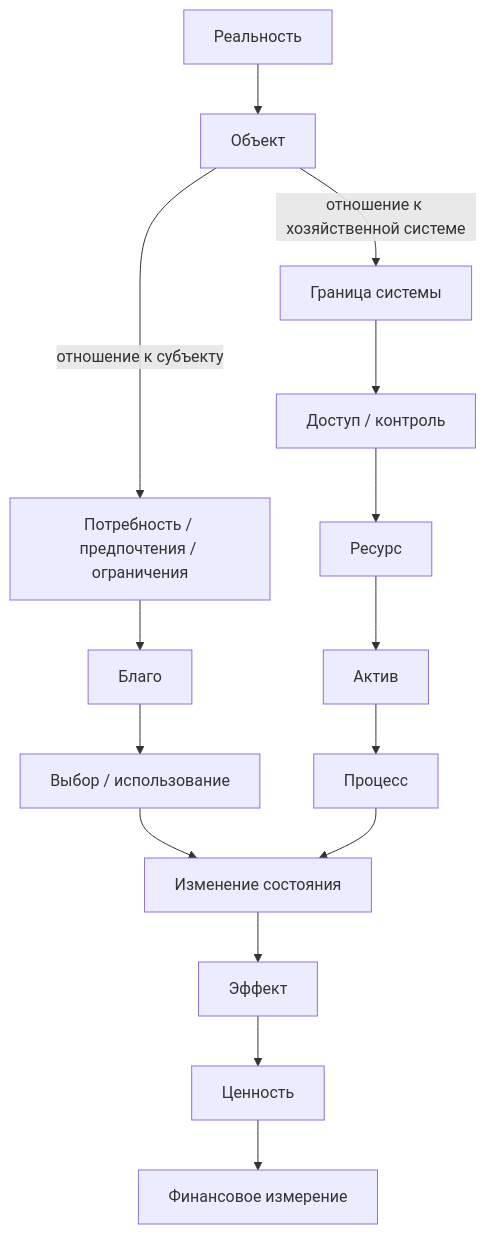
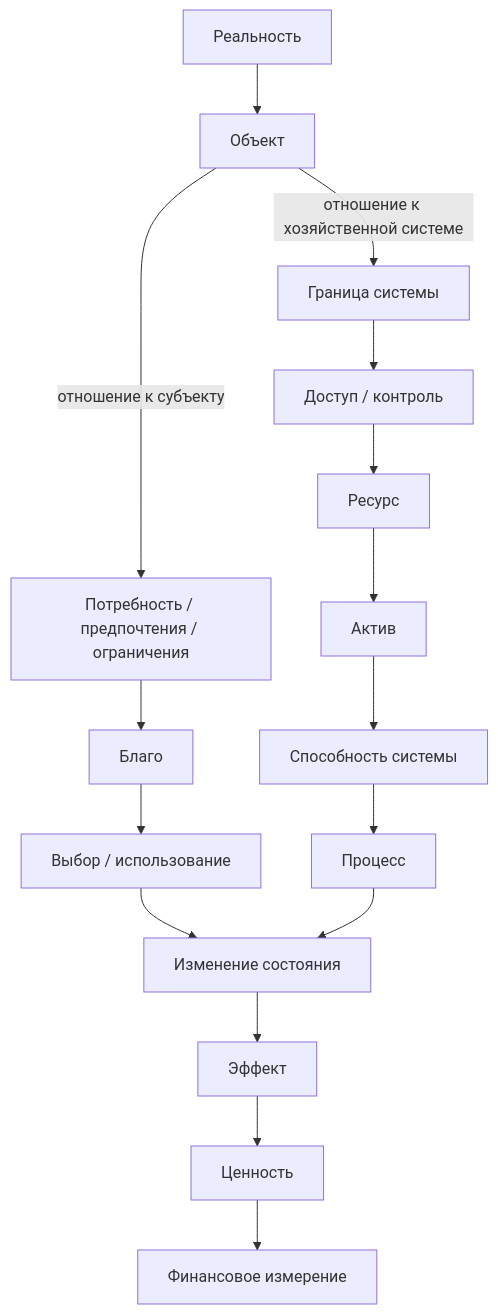
Before and after one commit to dimasez/EconomyAssetsGoods: the diagram in MASTER.md, drawn with Mermaid. The commit also changed other lines of this file, not shown here.

```diff
--- a/MASTER.md
+++ b/MASTER.md
@@ -317,21 +342,22 @@
 ~~~mermaid
 flowchart TD
     R[Реальность] --> O[Объект]
 
     O -->|отношение к субъекту| N[Потребность / предпочтения / ограничения]
     N --> G[Благо]
     G --> U[Выбор / использование]
 
     O -->|отношение к хозяйственной системе| B[Граница системы]
     B --> C[Доступ / контроль]
     C --> RES[Ресурс]
     RES --> A[Актив]
-    A --> P[Процесс]
+    A --> CAP[Способность системы]
+    CAP --> P[Процесс]
 
     U --> DS[Изменение состояния]
     P --> DS
     DS --> E[Эффект]
     E --> V[Ценность]
 
     V --> F[Финансовое измерение]
 ~~~
```
